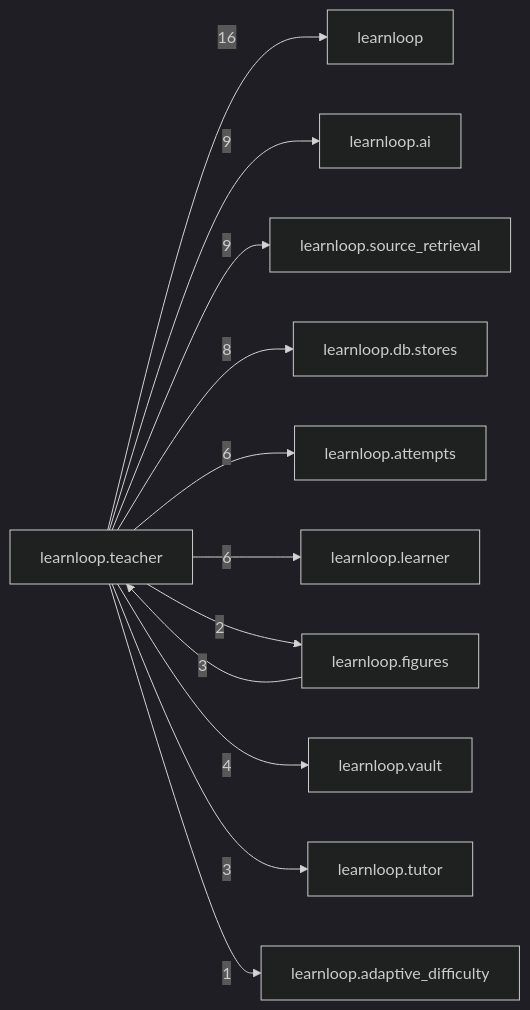
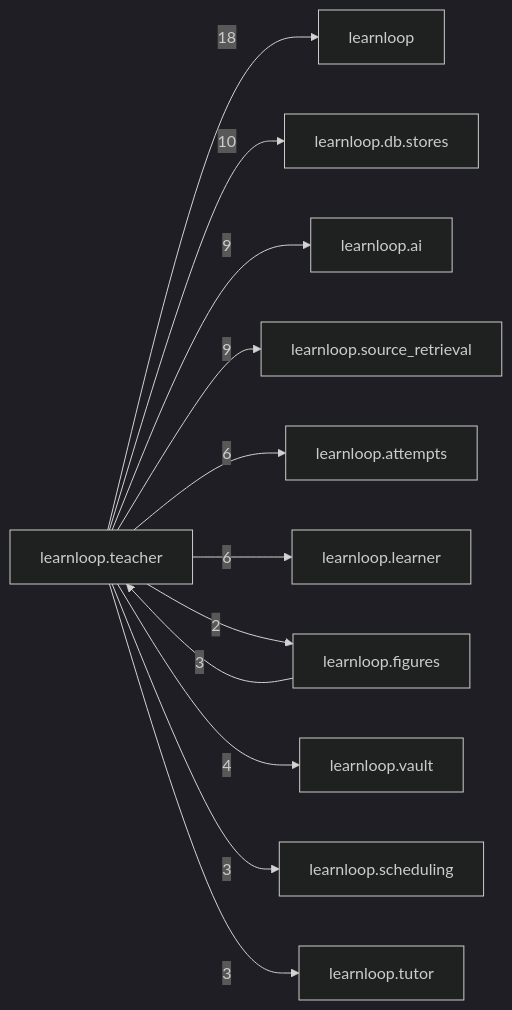
One commit to 6up-b/learnanything changed the diagram in docs/learnloop-architecture-vault/Reference/Modules/learnloop/teacher/_package.md. Above: the diagram before and after it, drawn with Mermaid (dark theme). The commit also changed other lines of this file and 545 other files, not shown here.

````diff
--- a/docs/learnloop-architecture-vault/Reference/Modules/learnloop/teacher/_package.md
+++ b/docs/learnloop-architecture-vault/Reference/Modules/learnloop/teacher/_package.md
@@ -104,25 +108,25 @@
 ```mermaid
 flowchart LR
     center["learnloop.teacher"]
     n_learnloop["learnloop"]
+    n_learnloop_db_stores["learnloop.db.stores"]
     n_learnloop_ai["learnloop.ai"]
     n_learnloop_source_retrieval["learnloop.source_retrieval"]
-    n_learnloop_db_stores["learnloop.db.stores"]
     n_learnloop_attempts["learnloop.attempts"]
     n_learnloop_learner["learnloop.learner"]
     n_learnloop_figures["learnloop.figures"]
     n_learnloop_vault["learnloop.vault"]
+    n_learnloop_scheduling["learnloop.scheduling"]
     n_learnloop_tutor["learnloop.tutor"]
-    n_learnloop_adaptive_difficulty["learnloop.adaptive_difficulty"]
-    center -->|16| n_learnloop
+    center -->|18| n_learnloop
+    center -->|10| n_learnloop_db_stores
     center -->|9| n_learnloop_ai
     center -->|9| n_learnloop_source_retrieval
-    center -->|8| n_learnloop_db_stores
     center -->|6| n_learnloop_attempts
     center -->|6| n_learnloop_learner
     n_learnloop_figures -->|3| center
     center -->|2| n_learnloop_figures
     center -->|4| n_learnloop_vault
+    center -->|3| n_learnloop_scheduling
     center -->|3| n_learnloop_tutor
-    center -->|1| n_learnloop_adaptive_difficulty
 ```
````
